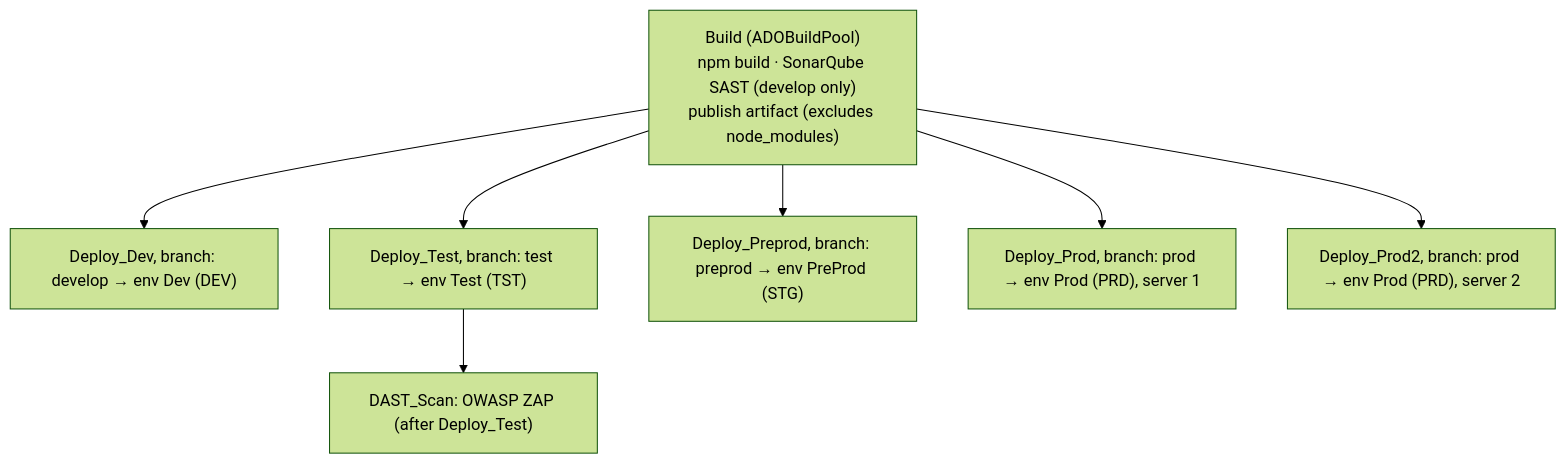
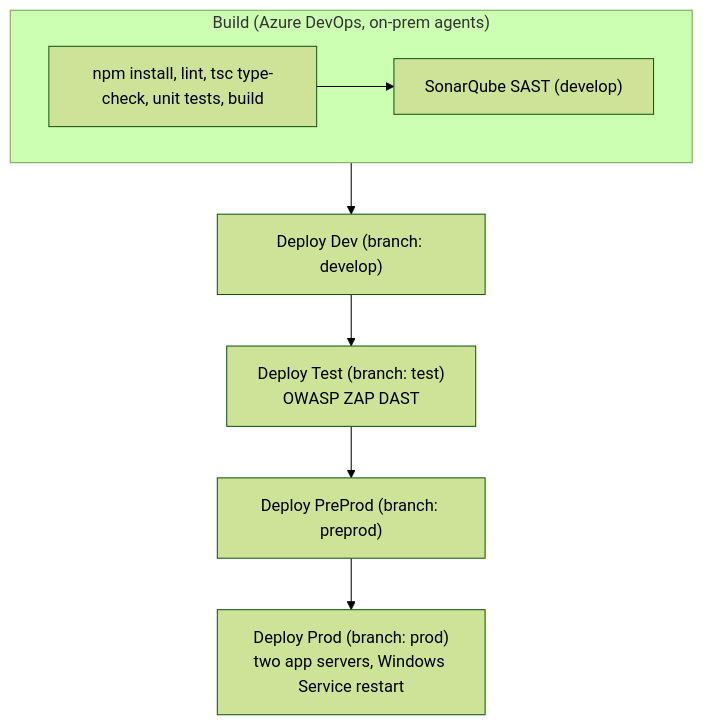
One commit to sravan-modugula/BankClient360 changed the sixth of 7 diagrams in docs/latest/architecture.md. Above: the diagram before and after it, drawn with Mermaid (forest theme). The commit also changed other lines of this file and 5 other files, not shown here.

First line of the commit message:
docs(architecture): restructure to V2.2 enterprise format with updated diagrams

````diff
--- a/docs/latest/architecture.md
+++ b/docs/latest/architecture.md
@@ -200,10 +630,12 @@
 ```mermaid
 flowchart TB
-  B["Build (ADOBuildPool)<br/>npm build · SonarQube SAST (develop only)<br/>publish artifact (excludes node_modules)"]
-  B --> DD["Deploy_Dev, branch: develop → env Dev (DEV)"]
-  B --> DT["Deploy_Test, branch: test → env Test (TST)"]
-  DT --> DAST["DAST_Scan: OWASP ZAP (after Deploy_Test)"]
-  B --> DP["Deploy_Preprod, branch: preprod → env PreProd (STG)"]
-  B --> DPR1["Deploy_Prod, branch: prod → env Prod (PRD), server 1"]
-  B --> DPR2["Deploy_Prod2, branch: prod → env Prod (PRD), server 2"]
+  subgraph BUILD["Build (Azure DevOps, on-prem agents)"]
+    B1["npm install, lint, tsc type-check, unit tests, build"]
+    B2["SonarQube SAST (develop)"]
+    B1 --> B2
+  end
+  BUILD --> DDEV["Deploy Dev (branch: develop)"]
+  DDEV --> DTEST["Deploy Test (branch: test)<br/>OWASP ZAP DAST"]
+  DTEST --> DPRE["Deploy PreProd (branch: preprod)"]
+  DPRE --> DPROD["Deploy Prod (branch: prod)<br/>two app servers, Windows Service restart"]
 ```
````
